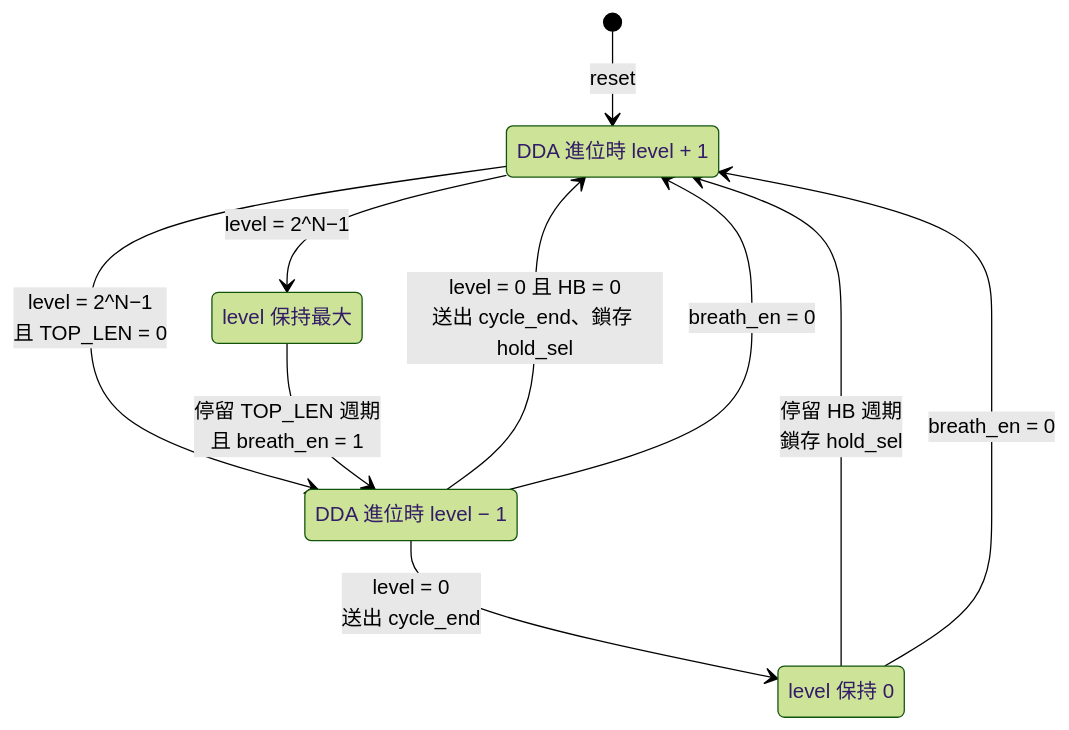
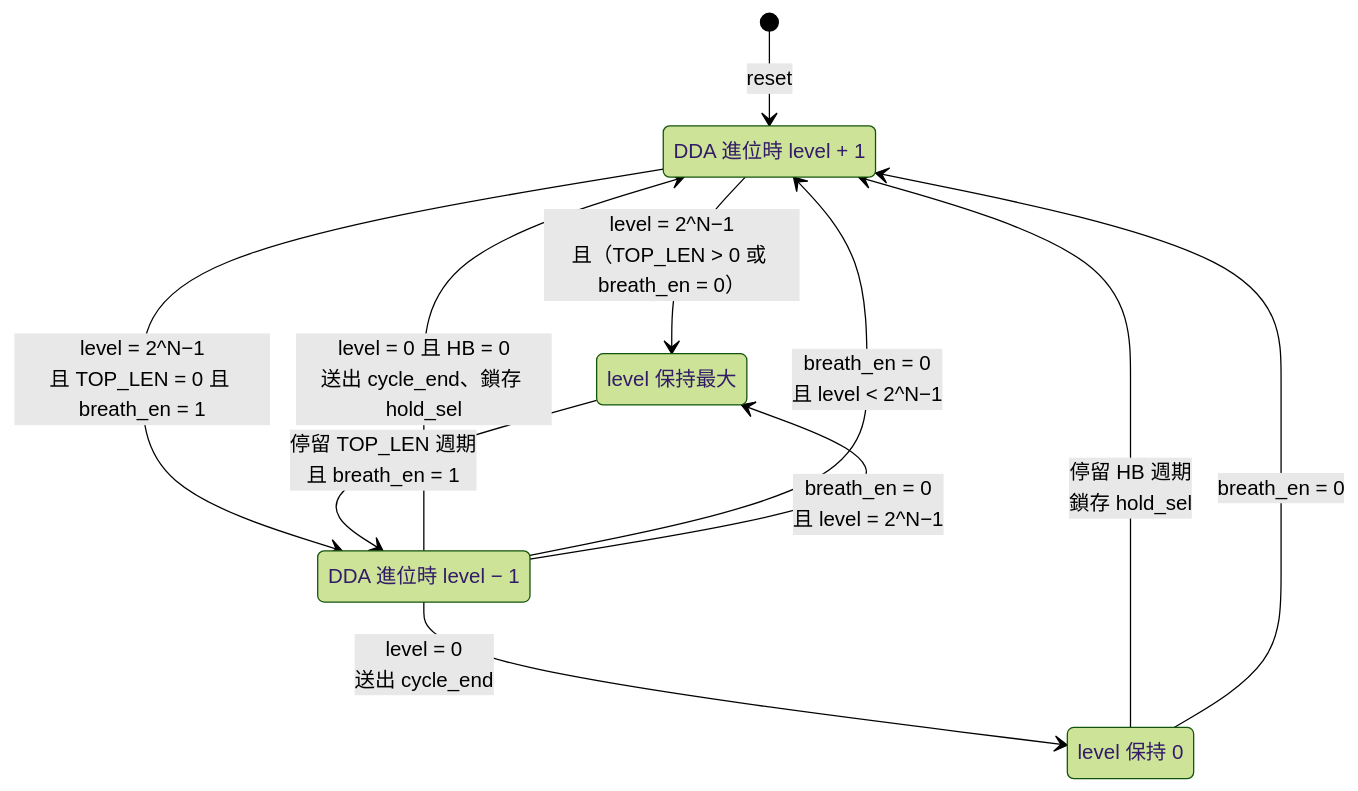
Before and after one commit to raylei50653/FPGA_HW: the first of 2 diagrams in HW2/SPEC.md, drawn with Mermaid (forest theme). The commit also changed other lines of this file and 1 other file, not shown here.

````diff
--- a/HW2/SPEC.md
+++ b/HW2/SPEC.md
@@ -129,16 +111,17 @@
 ```mermaid
 stateDiagram-v2
     [*] --> UP : reset
-    UP --> HOLD_TOP : level = 2^N−1
-    UP --> DOWN : level = 2^N−1<br/>且 TOP_LEN = 0
+    UP --> HOLD_TOP : level = 2^N−1<br/>且（TOP_LEN > 0 或 breath_en = 0）
+    UP --> DOWN : level = 2^N−1<br/>且 TOP_LEN = 0 且 breath_en = 1
     HOLD_TOP --> DOWN : 停留 TOP_LEN 週期<br/>且 breath_en = 1
     DOWN --> HOLD_BOTTOM : level = 0<br/>送出 cycle_end
     DOWN --> UP : level = 0 且 HB = 0<br/>送出 cycle_end、鎖存 hold_sel
-    DOWN --> UP : breath_en = 0
+    DOWN --> UP : breath_en = 0<br/>且 level < 2^N−1
+    DOWN --> HOLD_TOP : breath_en = 0<br/>且 level = 2^N−1
     HOLD_BOTTOM --> UP : 停留 HB 週期<br/>鎖存 hold_sel
     HOLD_BOTTOM --> UP : breath_en = 0
     UP : DDA 進位時 level + 1
     DOWN : DDA 進位時 level − 1
     HOLD_TOP : level 保持最大
     HOLD_BOTTOM : level 保持 0
 ```
````
